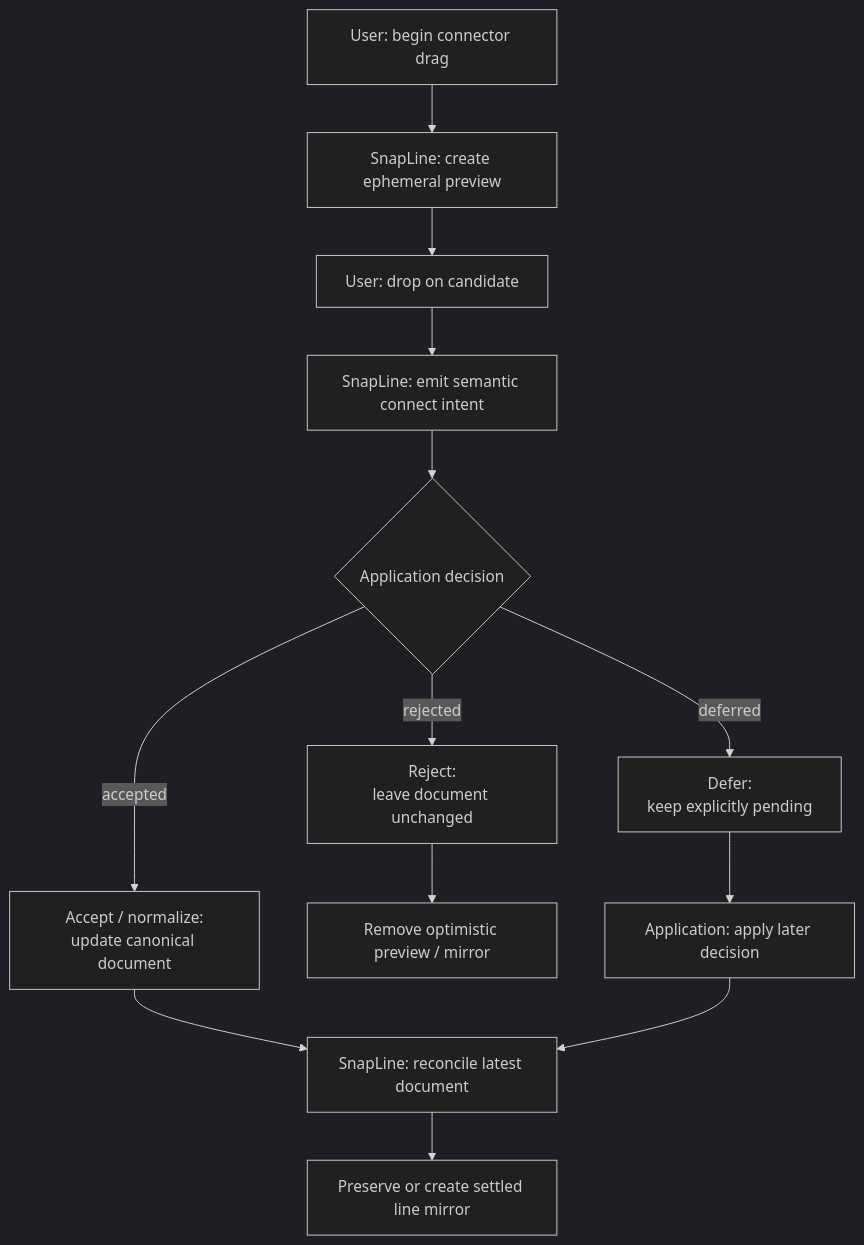
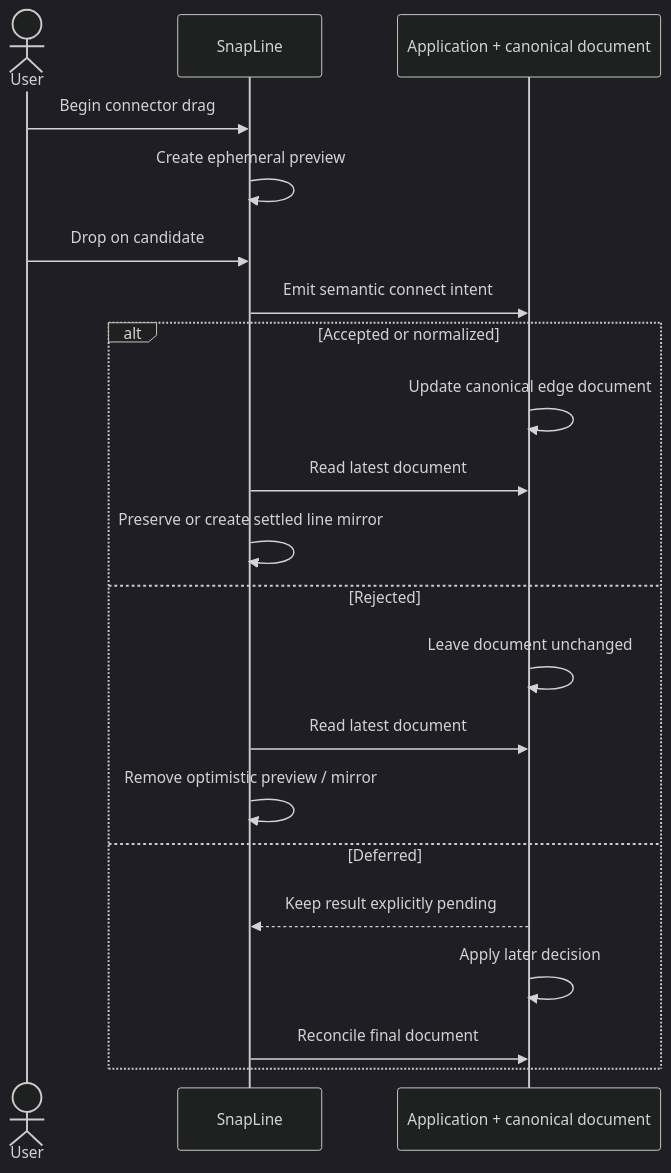
Before and after one commit to tfukaza/SnapLineJS: the sixth of 7 diagrams in docs/snapline/design/ownership-specification.md, drawn with Mermaid (dark theme). The commit also changed other lines of this file and 32 other files, not shown here.

First line of the commit message:
Cleanup baseline: carry in-flight WIP into the re-architecture branch

````diff
--- a/docs/snapline/design/ownership-specification.md
+++ b/docs/snapline/design/ownership-specification.md
@@ -426,20 +426,24 @@
 ```mermaid
-flowchart TB
-  BEGIN["User: begin connector drag"]
-  PREVIEW["SnapLine: create ephemeral preview"]
-  DROP["User: drop on candidate"]
-  INTENT["SnapLine: emit semantic connect intent"]
-  DECISION{"Application decision"}
-  ACCEPT["Accept / normalize:<br/>update canonical document"]
-  REJECT["Reject:<br/>leave document unchanged"]
-  DEFER["Defer:<br/>keep explicitly pending"]
-  READ["SnapLine: reconcile latest document"]
-  SETTLE["Preserve or create settled line mirror"]
-  REMOVE["Remove optimistic preview / mirror"]
-  LATER["Application: apply later decision"]
+sequenceDiagram
+  actor User
+  participant SL as SnapLine
+  participant App as Application + canonical document
 
-  BEGIN --> PREVIEW --> DROP --> INTENT --> DECISION
-  DECISION -->|"accepted"| ACCEPT --> READ --> SETTLE
-  DECISION -->|"rejected"| REJECT --> REMOVE
-  DECISION -->|"deferred"| DEFER --> LATER --> READ
+  User->>SL: Begin connector drag
+  SL->>SL: Create ephemeral preview
+  User->>SL: Drop on candidate
+  SL->>App: Emit semantic connect intent
+  alt Accepted or normalized
+    App->>App: Update canonical edge document
+    SL->>App: Read latest document
+    SL->>SL: Preserve or create settled line mirror
+  else Rejected
+    App->>App: Leave document unchanged
+    SL->>App: Read latest document
+    SL->>SL: Remove optimistic preview / mirror
+  else Deferred
+    App-->>SL: Keep result explicitly pending
+    App->>App: Apply later decision
+    SL->>App: Reconcile final document
+  end
 ```
````
